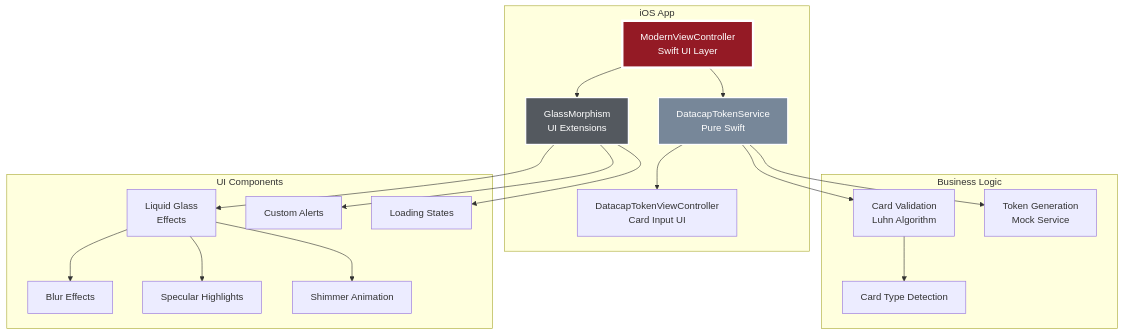
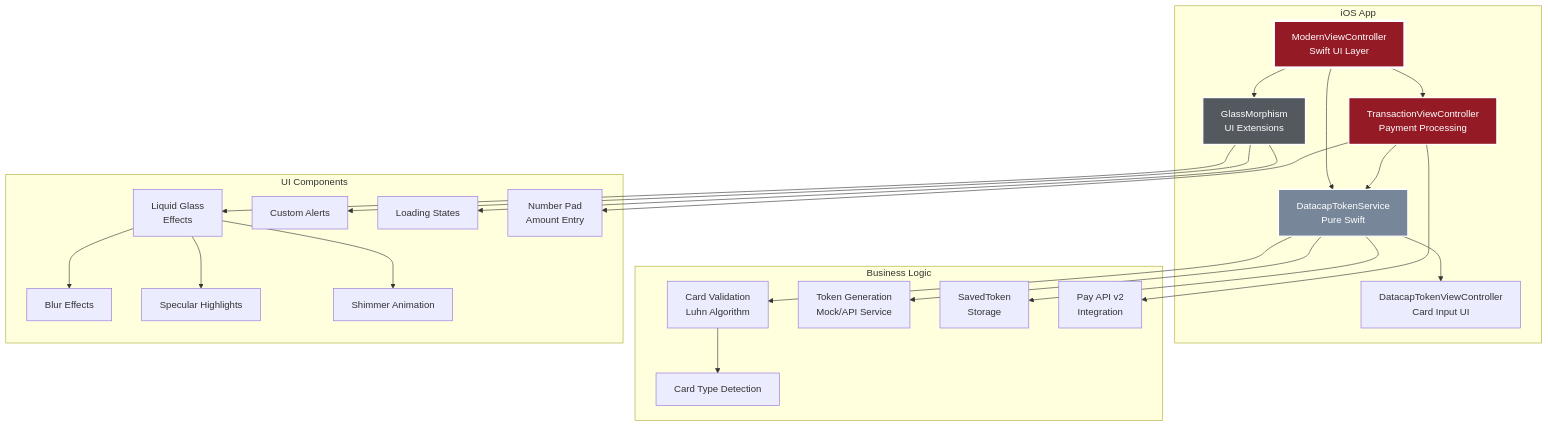
One commit to datacapsystems/Datacap-MobileToken-iOS-2025 changed the first of 3 diagrams in README.md. Above: the diagram before and after it, drawn with Mermaid. The commit also changed other lines of this file and 7 other files, not shown here.

````diff
--- a/README.md
+++ b/README.md
@@ -53,27 +60,33 @@
 ```mermaid
 graph TB
     subgraph "iOS App"
         A[ModernViewController<br/>Swift UI Layer] --> B[DatacapTokenService<br/>Pure Swift]
         A --> C[GlassMorphism<br/>UI Extensions]
+        A --> T[TransactionViewController<br/>Payment Processing]
         B --> D[DatacapTokenViewController<br/>Card Input UI]
+        T --> B
     end
     
     subgraph "Business Logic"
         B --> E[Card Validation<br/>Luhn Algorithm]
-        B --> F[Token Generation<br/>Mock Service]
+        B --> F[Token Generation<br/>Mock/API Service]
         E --> G[Card Type Detection]
+        B --> S[SavedToken<br/>Storage]
+        T --> P[Pay API v2<br/>Integration]
     end
     
     subgraph "UI Components"
         C --> H[Liquid Glass<br/>Effects]
         C --> I[Custom Alerts]
         C --> J[Loading States]
         H --> K[Blur Effects]
         H --> L[Specular Highlights]
         H --> M[Shimmer Animation]
+        T --> N[Number Pad<br/>Amount Entry]
     end
     
     style A fill:#941a25,stroke:#fff,stroke-width:4px,color:#fff
     style B fill:#778799,stroke:#fff,stroke-width:2px,color:#fff
     style C fill:#54595f,stroke:#fff,stroke-width:2px,color:#fff
+    style T fill:#941a25,stroke:#fff,stroke-width:2px,color:#fff
 ```
````
